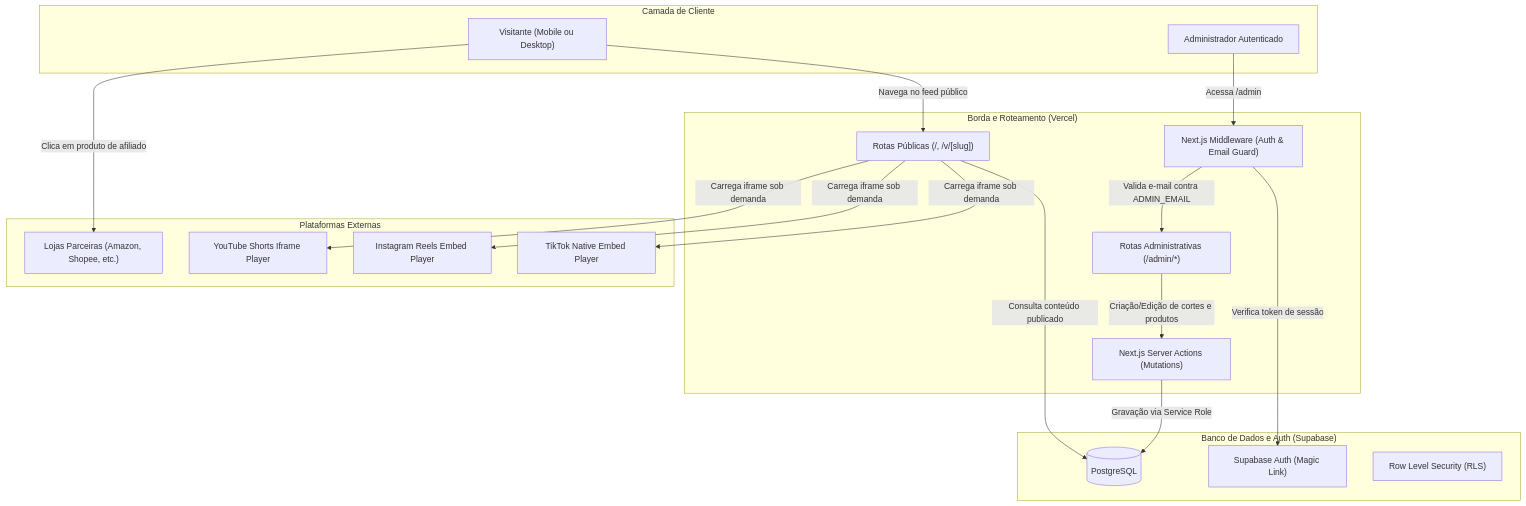
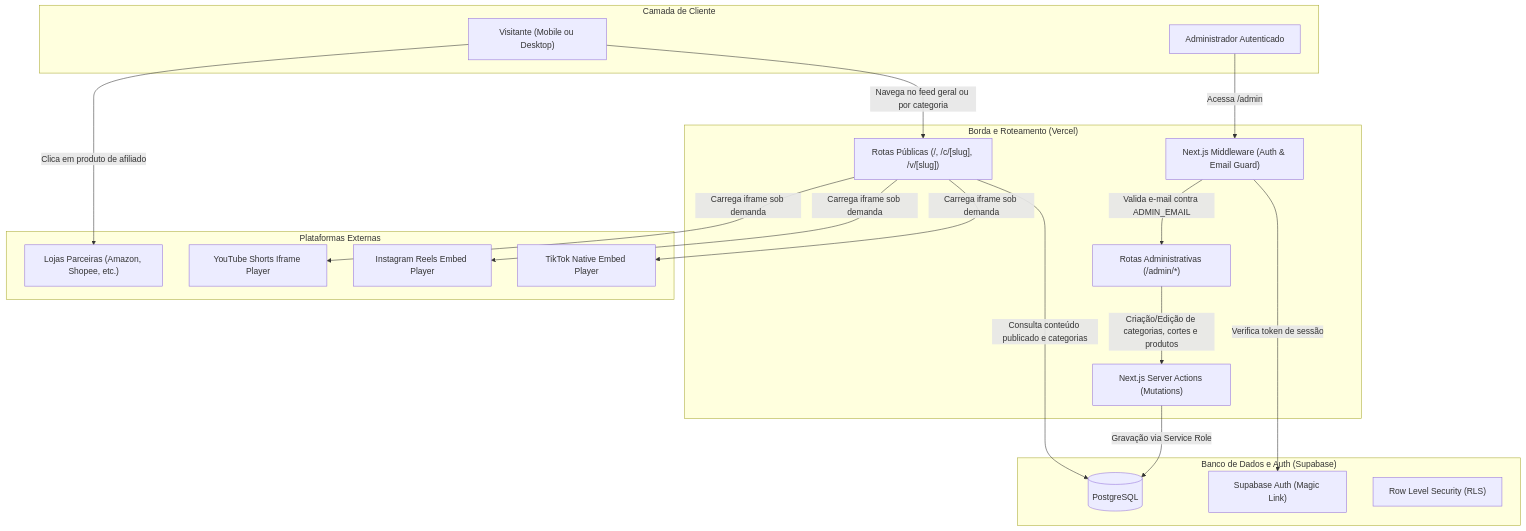
The first of 2 diagrams in docs/ARCHITECTURE.md (TheCheepeer/Promocuts), drawn with Mermaid before and after one commit. The commit also changed other lines of this file and 4 other files, not shown here.

First line of the commit message:
feat(catalog): adicionar suporte a categorias e feed geral na documentacao e migracoes

````diff
--- a/docs/ARCHITECTURE.md
+++ b/docs/ARCHITECTURE.md
@@ -19,40 +19,40 @@
 ```mermaid
 flowchart TD
     subgraph ClientLayer["Camada de Cliente"]
         Visitor["Visitante (Mobile ou Desktop)"]
         AdminUser["Administrador Autenticado"]
     end
 
     subgraph EdgeLayer["Borda e Roteamento (Vercel)"]
         NextMiddleware["Next.js Middleware (Auth & Email Guard)"]
-        PublicRoute["Rotas Públicas (/, /v/[slug])"]
+        PublicRoute["Rotas Públicas (/, /c/[slug], /v/[slug])"]
         AdminRoute["Rotas Administrativas (/admin/*)"]
         ServerAction["Next.js Server Actions (Mutations)"]
     end
 
     subgraph DataLayer["Banco de Dados e Auth (Supabase)"]
         SupaAuth["Supabase Auth (Magic Link)"]
         PostgresDB[("PostgreSQL")]
         RLS["Row Level Security (RLS)"]
     end
 
     subgraph ExternalServices["Plataformas Externas"]
         TikTokEmbed["TikTok Native Embed Player"]
         ReelsEmbed["Instagram Reels Embed Player"]
         ShortsEmbed["YouTube Shorts Iframe Player"]
         AffiliateDestination["Lojas Parceiras (Amazon, Shopee, etc.)"]
     end
 
-    Visitor -->|Navega no feed público| PublicRoute
-    PublicRoute -->|Consulta conteúdo publicado| PostgresDB
+    Visitor -->|Navega no feed geral ou por categoria| PublicRoute
+    PublicRoute -->|Consulta conteúdo publicado e categorias| PostgresDB
     PublicRoute -->|Carrega iframe sob demanda| TikTokEmbed
     PublicRoute -->|Carrega iframe sob demanda| ReelsEmbed
     PublicRoute -->|Carrega iframe sob demanda| ShortsEmbed
     Visitor -->|Clica em produto de afiliado| AffiliateDestination
 
     AdminUser -->|Acessa /admin| NextMiddleware
     NextMiddleware -->|Verifica token de sessão| SupaAuth
     NextMiddleware -->|Valida e-mail contra ADMIN_EMAIL| AdminRoute
-    AdminRoute -->|Criação/Edição de cortes e produtos| ServerAction
+    AdminRoute -->|Criação/Edição de categorias, cortes e produtos| ServerAction
     ServerAction -->|Gravação via Service Role| PostgresDB
 ```
````
